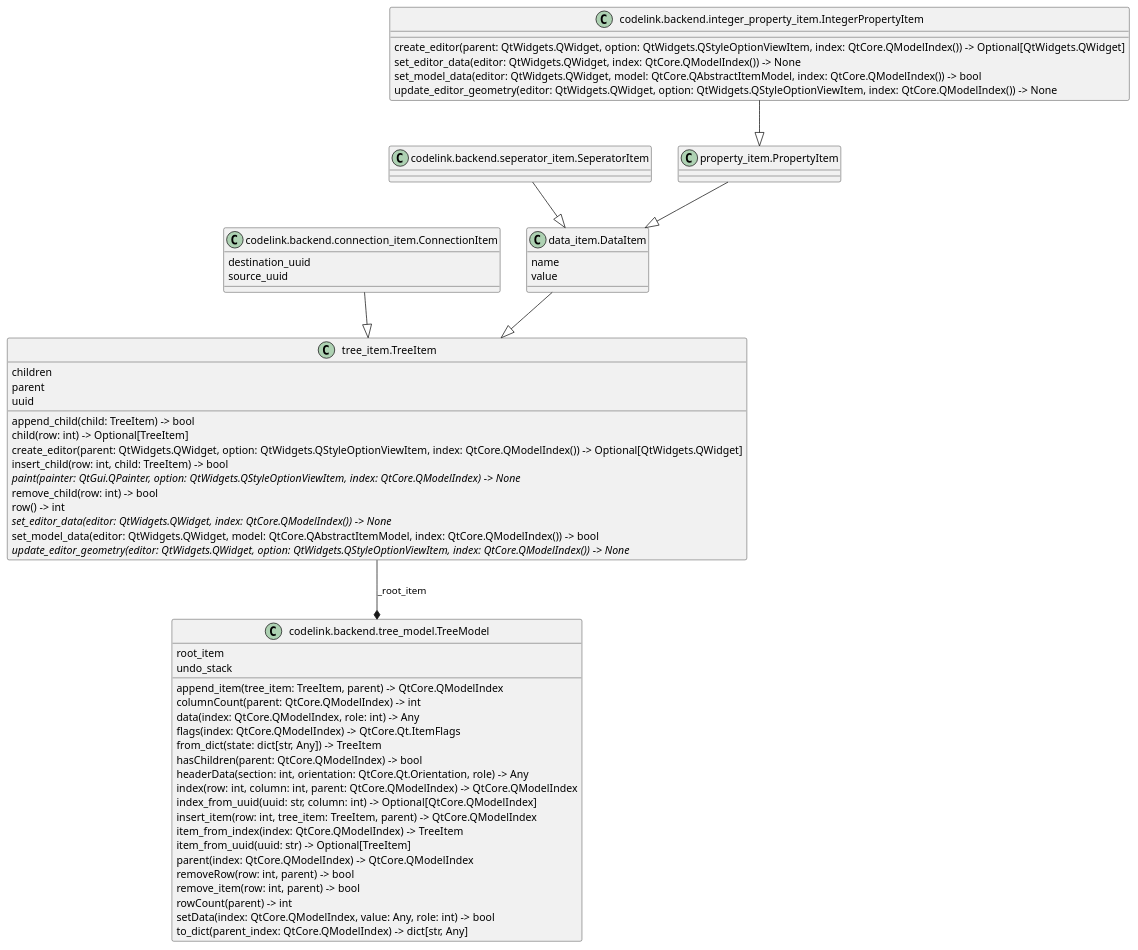
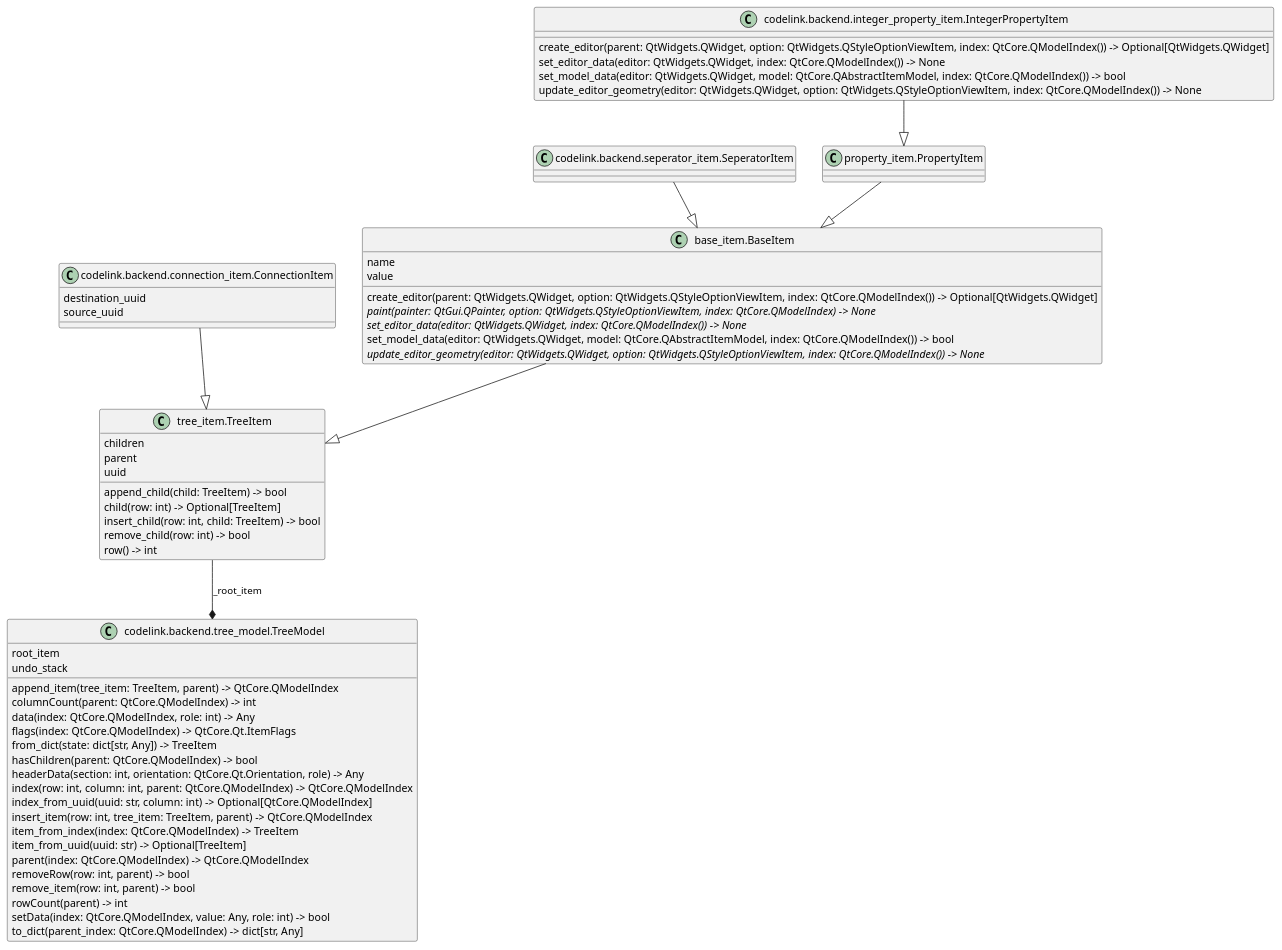
One commit to j8sr0230/codelink changed the diagram in src/codelink/backend/classes.puml. Above: the diagram before and after it, drawn with PlantUML. The commit also changed 8 other files, not shown here.

```diff
--- a/src/codelink/backend/classes.puml
+++ b/src/codelink/backend/classes.puml
@@ -1,64 +1,64 @@
 @startuml classes
 set namespaceSeparator none
+class "base_item.BaseItem" as base_item.BaseItem {
+  name
+  value
+  create_editor(parent: QtWidgets.QWidget, option: QtWidgets.QStyleOptionViewItem, index: QtCore.QModelIndex()) -> Optional[QtWidgets.QWidget]
+  {abstract}paint(painter: QtGui.QPainter, option: QtWidgets.QStyleOptionViewItem, index: QtCore.QModelIndex) -> None
+  {abstract}set_editor_data(editor: QtWidgets.QWidget, index: QtCore.QModelIndex()) -> None
+  set_model_data(editor: QtWidgets.QWidget, model: QtCore.QAbstractItemModel, index: QtCore.QModelIndex()) -> bool
+  {abstract}update_editor_geometry(editor: QtWidgets.QWidget, option: QtWidgets.QStyleOptionViewItem, index: QtCore.QModelIndex()) -> None
+}
 class "codelink.backend.connection_item.ConnectionItem" as codelink.backend.connection_item.ConnectionItem {
   destination_uuid
   source_uuid
 }
 class "codelink.backend.integer_property_item.IntegerPropertyItem" as codelink.backend.integer_property_item.IntegerPropertyItem {
   create_editor(parent: QtWidgets.QWidget, option: QtWidgets.QStyleOptionViewItem, index: QtCore.QModelIndex()) -> Optional[QtWidgets.QWidget]
   set_editor_data(editor: QtWidgets.QWidget, index: QtCore.QModelIndex()) -> None
   set_model_data(editor: QtWidgets.QWidget, model: QtCore.QAbstractItemModel, index: QtCore.QModelIndex()) -> bool
   update_editor_geometry(editor: QtWidgets.QWidget, option: QtWidgets.QStyleOptionViewItem, index: QtCore.QModelIndex()) -> None
 }
 class "codelink.backend.seperator_item.SeperatorItem" as codelink.backend.seperator_item.SeperatorItem {
 }
 class "codelink.backend.tree_model.TreeModel" as codelink.backend.tree_model.TreeModel {
   root_item
   undo_stack
   append_item(tree_item: TreeItem, parent) -> QtCore.QModelIndex
   columnCount(parent: QtCore.QModelIndex) -> int
   data(index: QtCore.QModelIndex, role: int) -> Any
   flags(index: QtCore.QModelIndex) -> QtCore.Qt.ItemFlags
   from_dict(state: dict[str, Any]) -> TreeItem
   hasChildren(parent: QtCore.QModelIndex) -> bool
   headerData(section: int, orientation: QtCore.Qt.Orientation, role) -> Any
   index(row: int, column: int, parent: QtCore.QModelIndex) -> QtCore.QModelIndex
   index_from_uuid(uuid: str, column: int) -> Optional[QtCore.QModelIndex]
   insert_item(row: int, tree_item: TreeItem, parent) -> QtCore.QModelIndex
   item_from_index(index: QtCore.QModelIndex) -> TreeItem
   item_from_uuid(uuid: str) -> Optional[TreeItem]
   parent(index: QtCore.QModelIndex) -> QtCore.QModelIndex
   removeRow(row: int, parent) -> bool
   remove_item(row: int, parent) -> bool
   rowCount(parent) -> int
   setData(index: QtCore.QModelIndex, value: Any, role: int) -> bool
   to_dict(parent_index: QtCore.QModelIndex) -> dict[str, Any]
 }
-class "data_item.DataItem" as data_item.DataItem {
-  name
-  value
-}
 class "property_item.PropertyItem" as property_item.PropertyItem {
 }
 class "tree_item.TreeItem" as tree_item.TreeItem {
   children
   parent
   uuid
   append_child(child: TreeItem) -> bool
   child(row: int) -> Optional[TreeItem]
-  create_editor(parent: QtWidgets.QWidget, option: QtWidgets.QStyleOptionViewItem, index: QtCore.QModelIndex()) -> Optional[QtWidgets.QWidget]
   insert_child(row: int, child: TreeItem) -> bool
-  {abstract}paint(painter: QtGui.QPainter, option: QtWidgets.QStyleOptionViewItem, index: QtCore.QModelIndex) -> None
   remove_child(row: int) -> bool
   row() -> int
-  {abstract}set_editor_data(editor: QtWidgets.QWidget, index: QtCore.QModelIndex()) -> None
-  set_model_data(editor: QtWidgets.QWidget, model: QtCore.QAbstractItemModel, index: QtCore.QModelIndex()) -> bool
-  {abstract}update_editor_geometry(editor: QtWidgets.QWidget, option: QtWidgets.QStyleOptionViewItem, index: QtCore.QModelIndex()) -> None
 }
+base_item.BaseItem --|> tree_item.TreeItem
 codelink.backend.connection_item.ConnectionItem --|> tree_item.TreeItem
 codelink.backend.integer_property_item.IntegerPropertyItem --|> property_item.PropertyItem
-codelink.backend.seperator_item.SeperatorItem --|> data_item.DataItem
-data_item.DataItem --|> tree_item.TreeItem
-property_item.PropertyItem --|> data_item.DataItem
+codelink.backend.seperator_item.SeperatorItem --|> base_item.BaseItem
+property_item.PropertyItem --|> base_item.BaseItem
 tree_item.TreeItem --* codelink.backend.tree_model.TreeModel : _root_item
 @enduml
```
